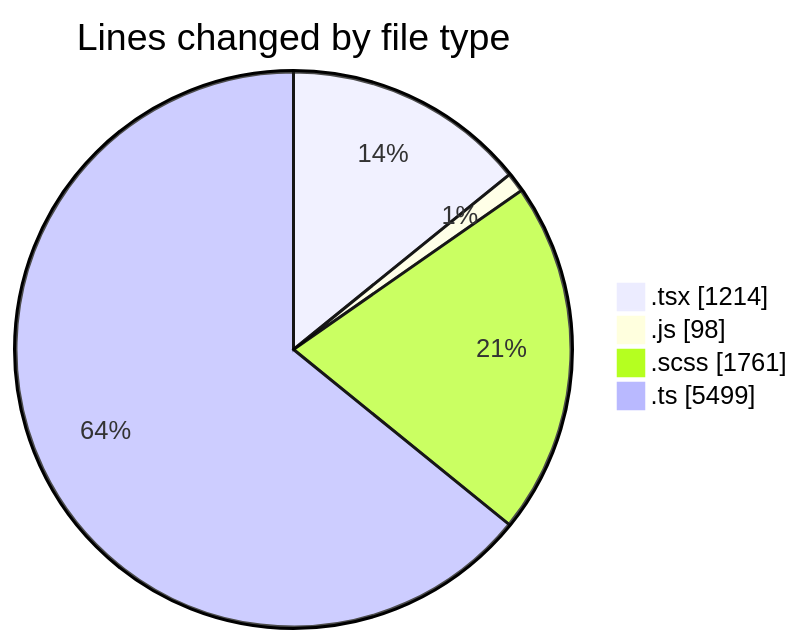
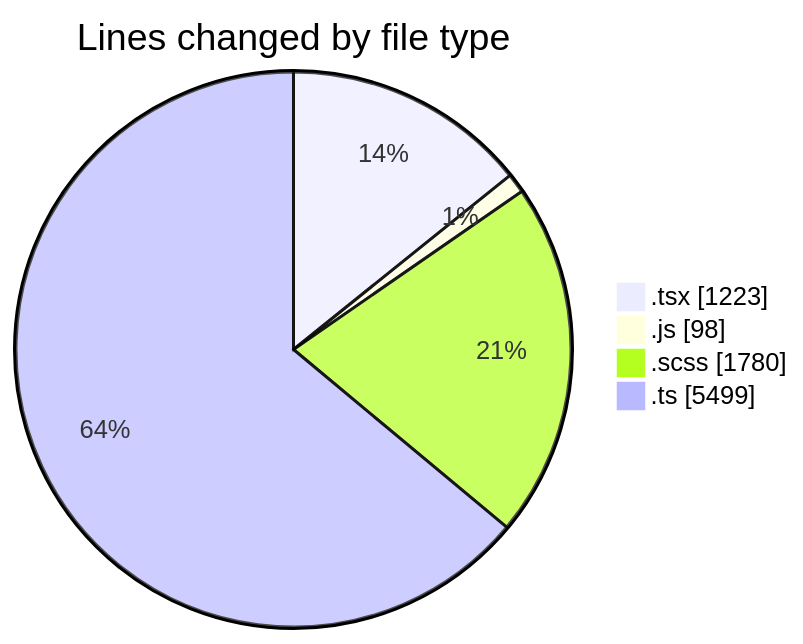
One commit to momahboobian/code-tracking changed the first of 2 diagrams in 2025-03-31/cda/README.md. Above: the diagram before and after it, drawn with Mermaid. The commit also changed other lines of this file and 1 other file, not shown here.

````diff
--- a/2025-03-31/cda/README.md
+++ b/2025-03-31/cda/README.md
@@ -39,8 +39,8 @@
 ```mermaid
 pie showData
 title Lines changed by file type
-".tsx" : 1214
+".tsx" : 1223
 ".js" : 98
-".scss" : 1761
+".scss" : 1780
 ".ts" : 5499
 ```
````
